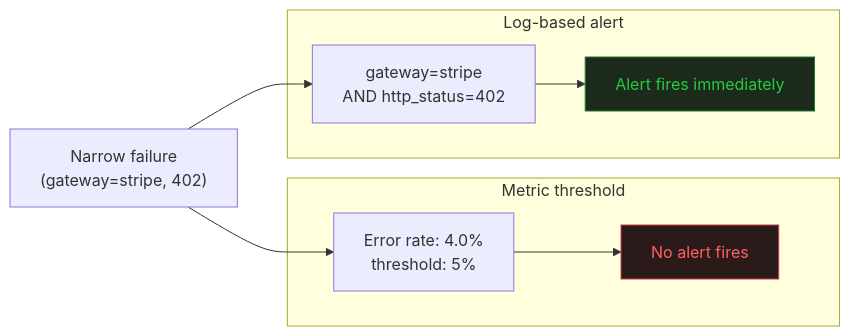
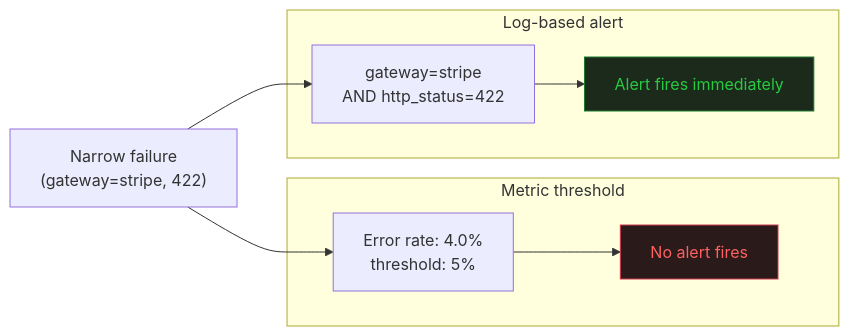
One commit to radra23/scryops-site changed the diagram in content/articles/logs-as-a-monitoring-layer.md. Above: the diagram before and after it, drawn with Mermaid. The commit also changed other lines of this file and 1 other file, not shown here.

Commit message:
feat: Update HTTP status code in logs vs metrics illustration for accuracy

```diff
--- a/content/articles/logs-as-a-monitoring-layer.md
+++ b/content/articles/logs-as-a-monitoring-layer.md
@@ -54,22 +54,22 @@
 {{< mermaid >}}
 flowchart LR
-    failure["Narrow failure\n(gateway=stripe, 402)"]
+    failure["Narrow failure<br/>(gateway=stripe, 422)"]
 
     subgraph metric["Metric threshold"]
-        m1["Error rate: 4.0%\nthreshold: 5%"]
+        m1["Error rate: 4.0%<br/>threshold: 5%"]
         m2["No alert fires"]
     end
 
     subgraph log["Log-based alert"]
-        l1["gateway=stripe\nAND http_status=402"]
+        l1["gateway=stripe<br/>AND http_status=422"]
         l2["Alert fires immediately"]
     end
 
     failure --> m1
     m1 --> m2
     failure --> l1
     l1 --> l2
 
     style m2 fill:#2A1A1A,stroke:#CD384B,color:#FF6060
     style l2 fill:#1C2A1C,stroke:#1C7A2E,color:#28CA41
 {{< /mermaid >}}
```
